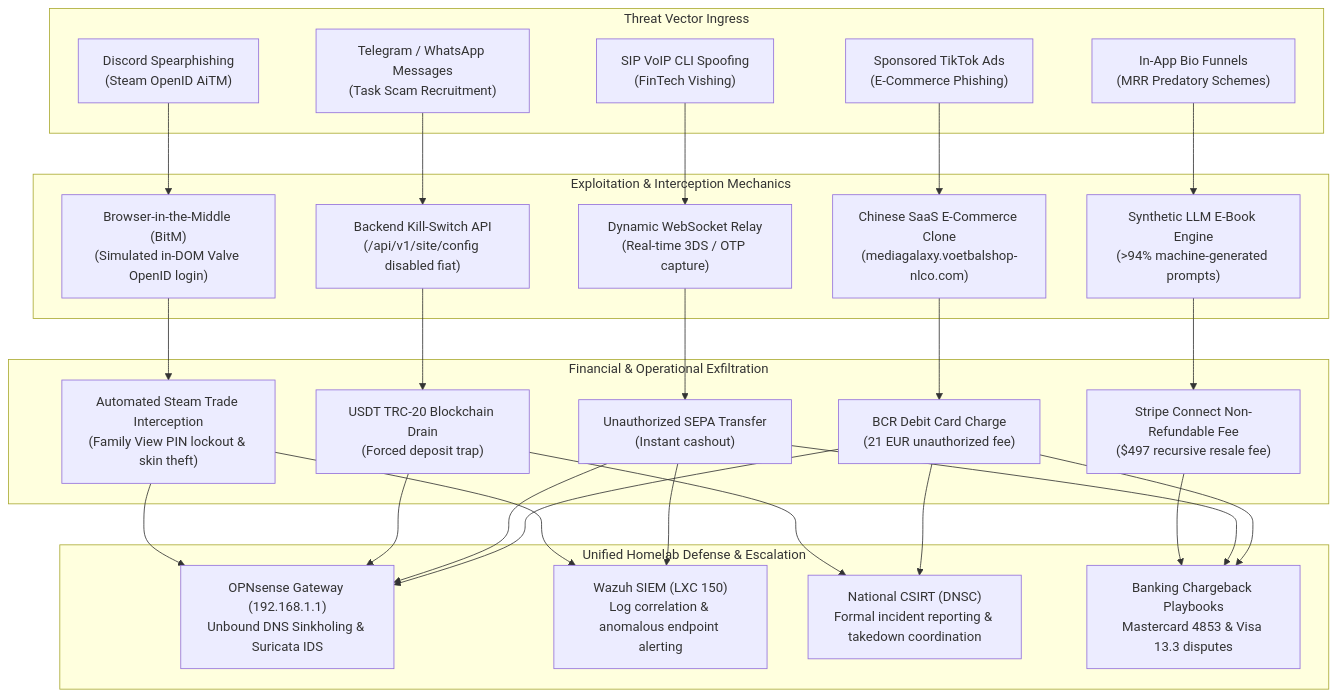
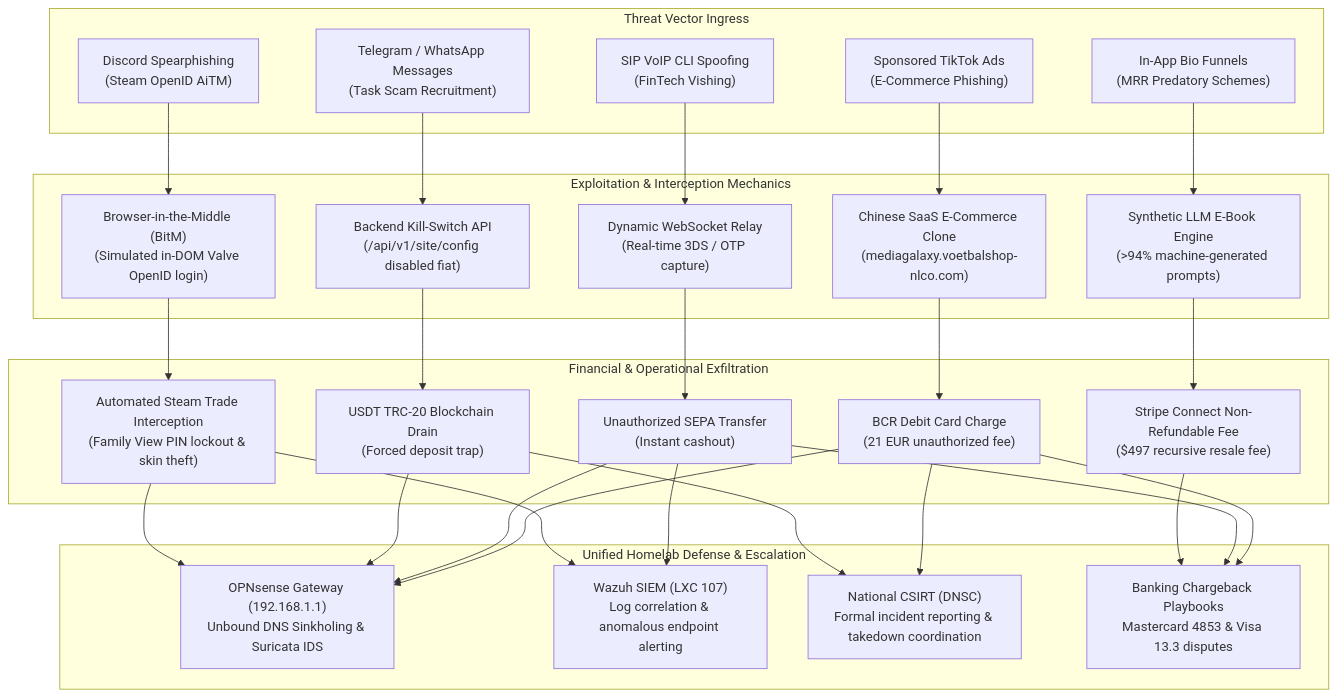
Before and after one commit to stefanutc1/infrastructure: the first of 3 diagrams in cyber/README.md, drawn with Mermaid. The commit also changed other lines of this file and 10 other files, not shown here.

````diff
--- a/cyber/README.md
+++ b/cyber/README.md
@@ -53,48 +53,48 @@
 ```mermaid
 flowchart TD
     subgraph INGRESS["Threat Vector Ingress"]
         I1["Sponsored TikTok Ads<br/>(E-Commerce Phishing)"]
         I2["SIP VoIP CLI Spoofing<br/>(FinTech Vishing)"]
         I3["Telegram / WhatsApp Messages<br/>(Task Scam Recruitment)"]
         I4["In-App Bio Funnels<br/>(MRR Predatory Schemes)"]
         I5["Discord Spearphishing<br/>(Steam OpenID AiTM)"]
     end
 
     subgraph WEAPON["Exploitation & Interception Mechanics"]
         W1["Chinese SaaS E-Commerce Clone<br/>(mediagalaxy.voetbalshop-nlco.com)"]
         W2["Dynamic WebSocket Relay<br/>(Real-time 3DS / OTP capture)"]
         W3["Backend Kill-Switch API<br/>(/api/v1/site/config disabled fiat)"]
         W4["Synthetic LLM E-Book Engine<br/>(>94% machine-generated prompts)"]
         W5["Browser-in-the-Middle (BitM)<br/>(Simulated in-DOM Valve OpenID login)"]
         I1 --> W1
         I2 --> W2
         I3 --> W3
         I4 --> W4
         I5 --> W5
     end
 
     subgraph IMPACT["Financial & Operational Exfiltration"]
         E1["BCR Debit Card Charge<br/>(21 EUR unauthorized fee)"]
         E2["Unauthorized SEPA Transfer<br/>(Instant cashout)"]
         E3["USDT TRC-20 Blockchain Drain<br/>(Forced deposit trap)"]
         E4["Stripe Connect Non-Refundable Fee<br/>($497 recursive resale fee)"]
         E5["Automated Steam Trade Interception<br/>(Family View PIN lockout & skin theft)"]
         W1 --> E1
         W2 --> E2
         W3 --> E3
         W4 --> E4
         W5 --> E5
     end
 
     subgraph DEFENSE["Unified Homelab Defense & Escalation"]
         D1["OPNsense Gateway (192.168.1.1)<br/>Unbound DNS Sinkholing & Suricata IDS"]
-        D2["Wazuh SIEM (LXC 150)<br/>Log correlation & anomalous endpoint alerting"]
+        D2["Wazuh SIEM (LXC 107)<br/>Log correlation & anomalous endpoint alerting"]
         D3["National CSIRT (DNSC)<br/>Formal incident reporting & takedown coordination"]
         D4["Banking Chargeback Playbooks<br/>Mastercard 4853 & Visa 13.3 disputes"]
         E1 --> D1 & D3 & D4
         E2 --> D1 & D2 & D4
         E3 --> D1 & D3
         E4 --> D4
         E5 --> D1 & D2
     end
 ```
````
